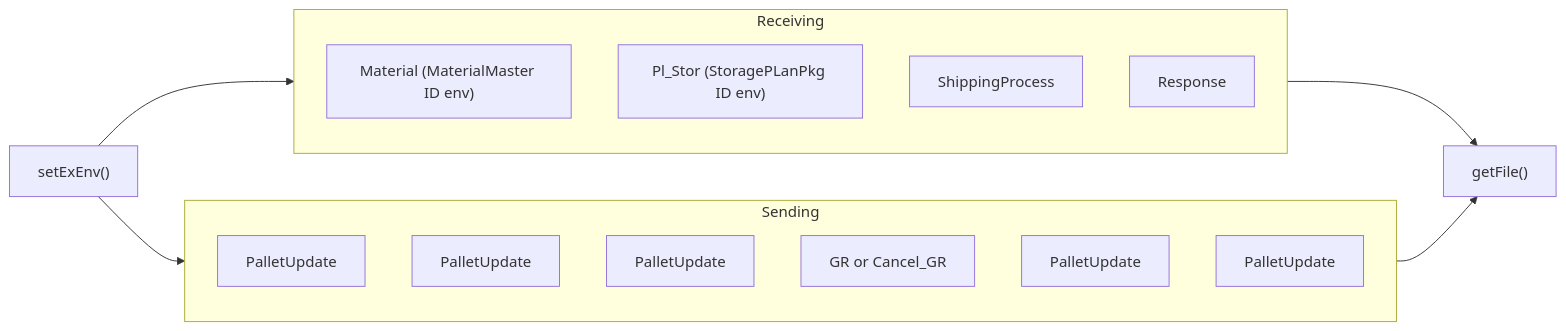
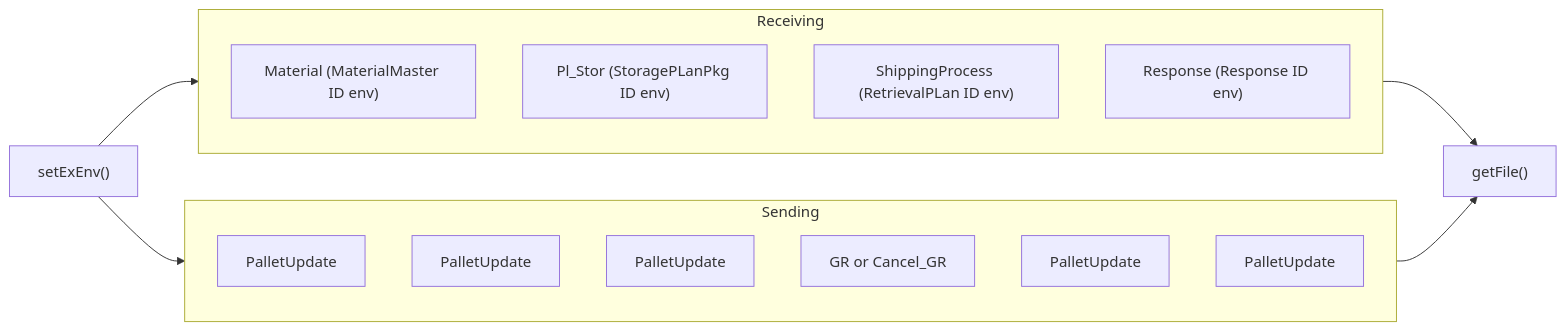
Before and after one commit to luthfiadityaa/SimeDarby-Wiki: the sixth of 6 diagrams in Basic-Design/Host-Interfaces.md, drawn with Mermaid.

Commit message:
Updated Host Interfaces

```diff
--- a/Basic-Design/Host-Interfaces.md
+++ b/Basic-Design/Host-Interfaces.md
@@ -444,23 +444,23 @@
 ::: mermaid
 flowchart LR
  E1["getFile()"]
  C1["setExEnv()"]  
  C1 --> Receiving --> E1
  C1 --> Sending --> E1
 
 subgraph Receiving
  C21["Material (MaterialMaster ID env)"]
  C22["Pl_Stor (StoragePLanPkg ID env)"] 
- C23["ShippingProcess"] 
- C24["Response"]
+ C23["ShippingProcess (RetrievalPLan ID env)"] 
+ C24["Response (Response ID env)"]
 end
 
 subgraph Sending
  C25["PalletUpdate"]
  C26["PalletUpdate"]
  C27["PalletUpdate"] 
  C28["GR or Cancel_GR"]
  C29["PalletUpdate"] 
  C30["PalletUpdate"] 
 end 
 :::
```
